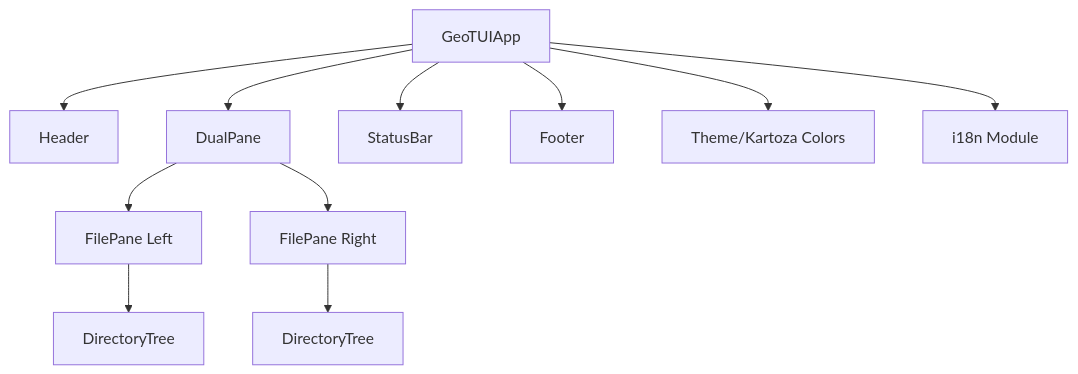
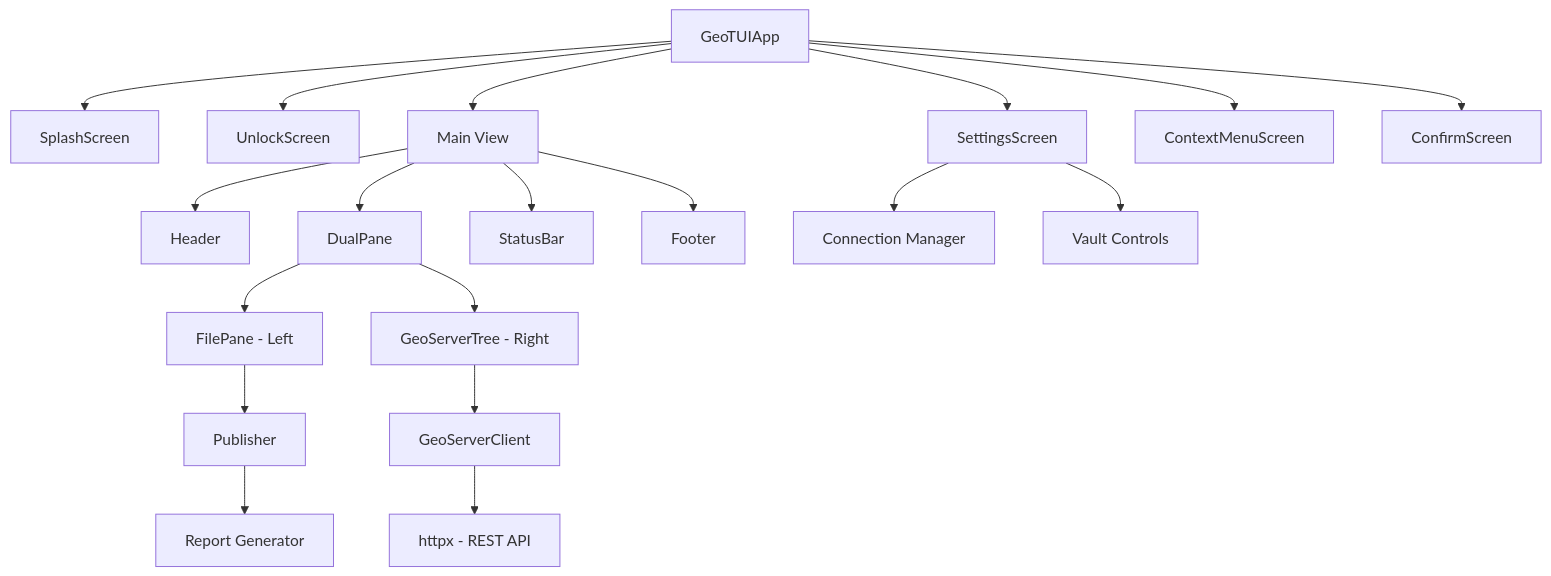
One commit to kartoza/geotui changed the diagram in docs/docs/developer-guide/architecture.md. Above: the diagram before and after it, drawn with Mermaid. The commit also changed other lines of this file and 47 other files, not shown here.

````diff
--- a/docs/docs/developer-guide/architecture.md
+++ b/docs/docs/developer-guide/architecture.md
@@ -9,13 +9,21 @@
 ```mermaid
 graph TB
-    A[GeoTUIApp] --> B[Header]
-    A --> C[DualPane]
-    A --> D[StatusBar]
-    A --> E[Footer]
-    C --> F[FilePane Left]
-    C --> G[FilePane Right]
-    F --> H[DirectoryTree]
-    G --> I[DirectoryTree]
-    A --> J[Theme/Kartoza Colors]
-    A --> K[i18n Module]
+    A[GeoTUIApp] --> B[SplashScreen]
+    A --> C[UnlockScreen]
+    A --> D[Main View]
+    D --> E[Header]
+    D --> F[DualPane]
+    D --> G[StatusBar]
+    D --> H[Footer]
+    F --> I[FilePane - Left]
+    F --> J[GeoServerTree - Right]
+    A --> K[SettingsScreen]
+    K --> L[Connection Manager]
+    K --> M[Vault Controls]
+    A --> N[ContextMenuScreen]
+    A --> O[ConfirmScreen]
+    J --> P[GeoServerClient]
+    P --> Q[httpx - REST API]
+    I --> R[Publisher]
+    R --> S[Report Generator]
 ```
````
